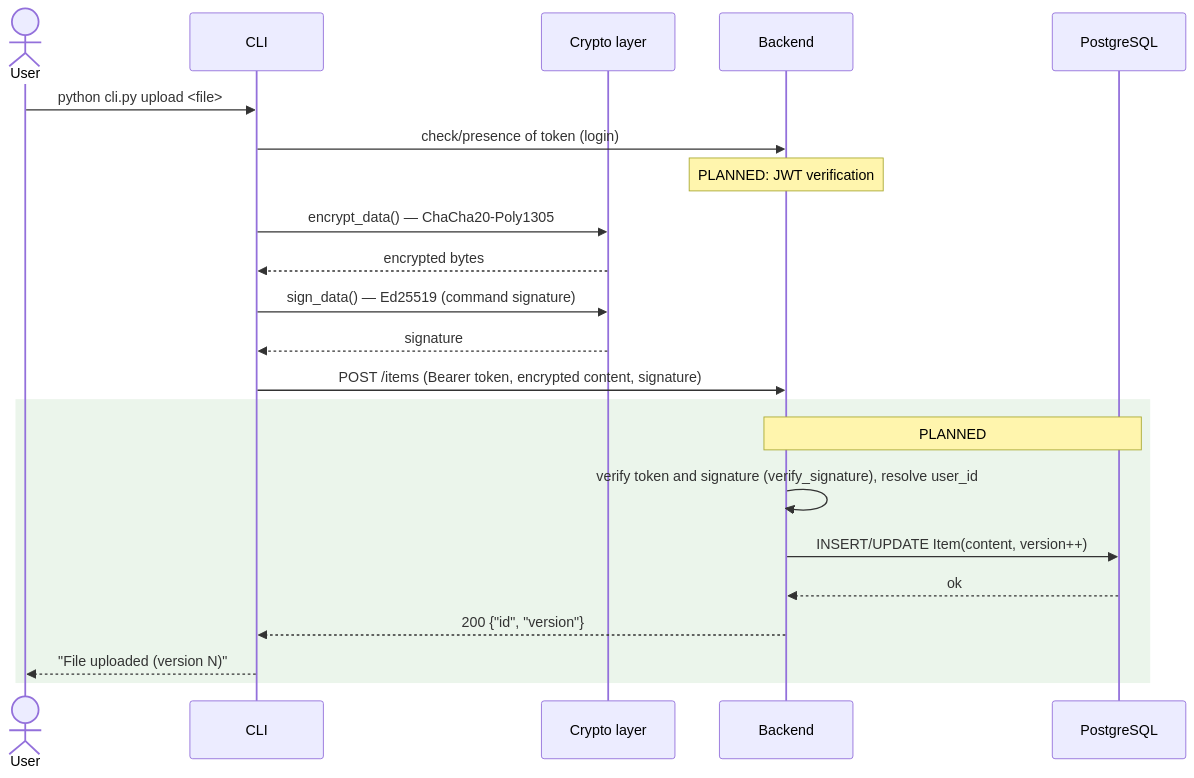
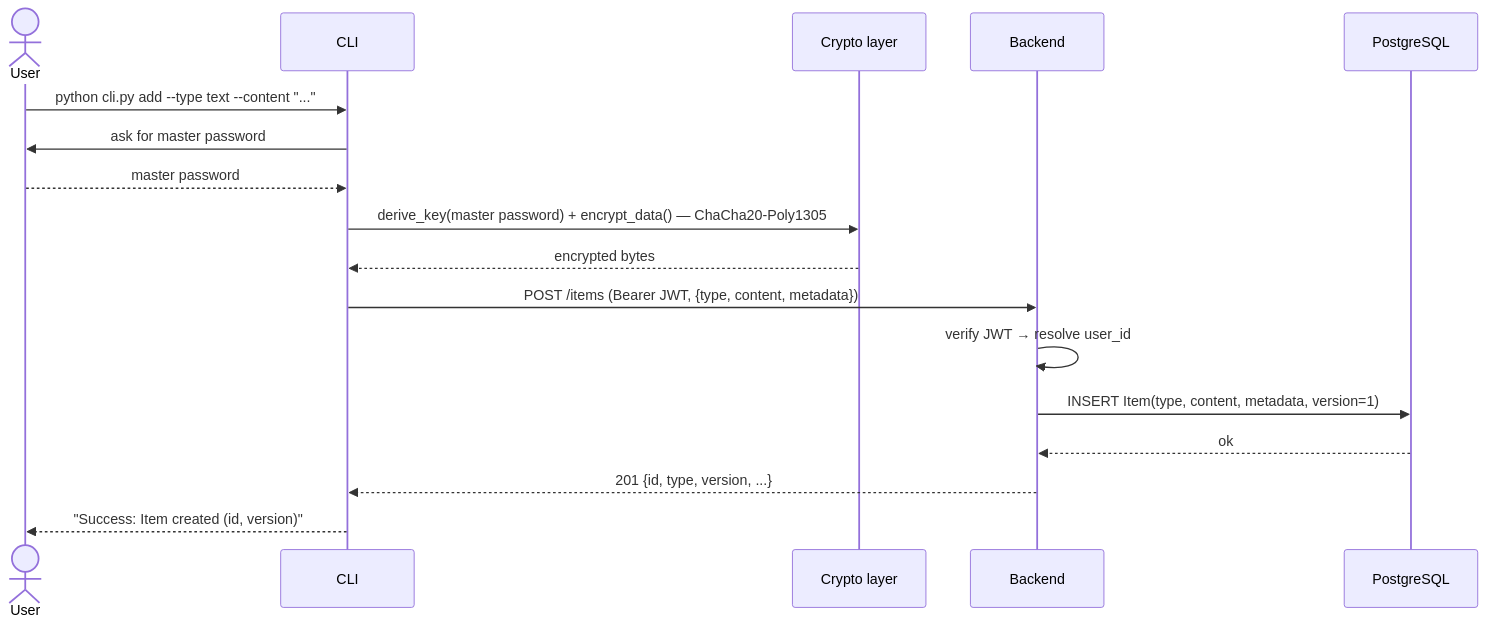
Before and after one commit to Unl1te/GophKeeper: the sixth of 8 diagrams in ARCHITECTURE.md, drawn with Mermaid. The commit also changed other lines of this file, not shown here.

````diff
--- a/ARCHITECTURE.md
+++ b/ARCHITECTURE.md
@@ -165,25 +168,20 @@
 ```mermaid
 sequenceDiagram
     actor U as User
     participant C as CLI
     participant K as Crypto layer
     participant S as Backend
     participant DB as PostgreSQL
 
-    U->>C: python cli.py upload <file>
-    C->>S: check/presence of token (login)
-    Note over S: PLANNED: JWT verification
-    C->>K: encrypt_data() — ChaCha20-Poly1305
+    U->>C: python cli.py add --type text --content "..."
+    C->>U: ask for master password
+    U-->>C: master password
+    C->>K: derive_key(master password) + encrypt_data() — ChaCha20-Poly1305
     K-->>C: encrypted bytes
-    C->>K: sign_data() — Ed25519 (command signature)
-    K-->>C: signature
-    C->>S: POST /items (Bearer token, encrypted content, signature)
-    rect rgb(235, 245, 235)
-        Note over S,DB: PLANNED
-        S->>S: verify token and signature (verify_signature), resolve user_id
-        S->>DB: INSERT/UPDATE Item(content, version++)
-        DB-->>S: ok
-        S-->>C: 200 {"id", "version"}
-        C-->>U: "File uploaded (version N)"
-    end
+    C->>S: POST /items (Bearer JWT, {type, content, metadata})
+    S->>S: verify JWT → resolve user_id
+    S->>DB: INSERT Item(type, content, metadata, version=1)
+    DB-->>S: ok
+    S-->>C: 201 {id, type, version, ...}
+    C-->>U: "Success: Item created (id, version)"
 ```
````
